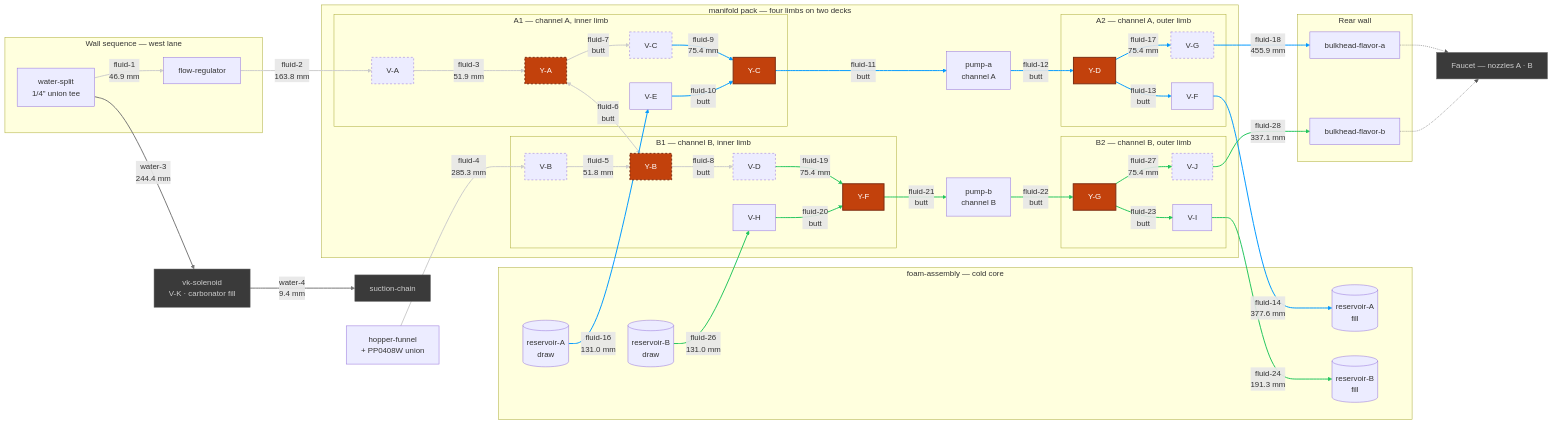
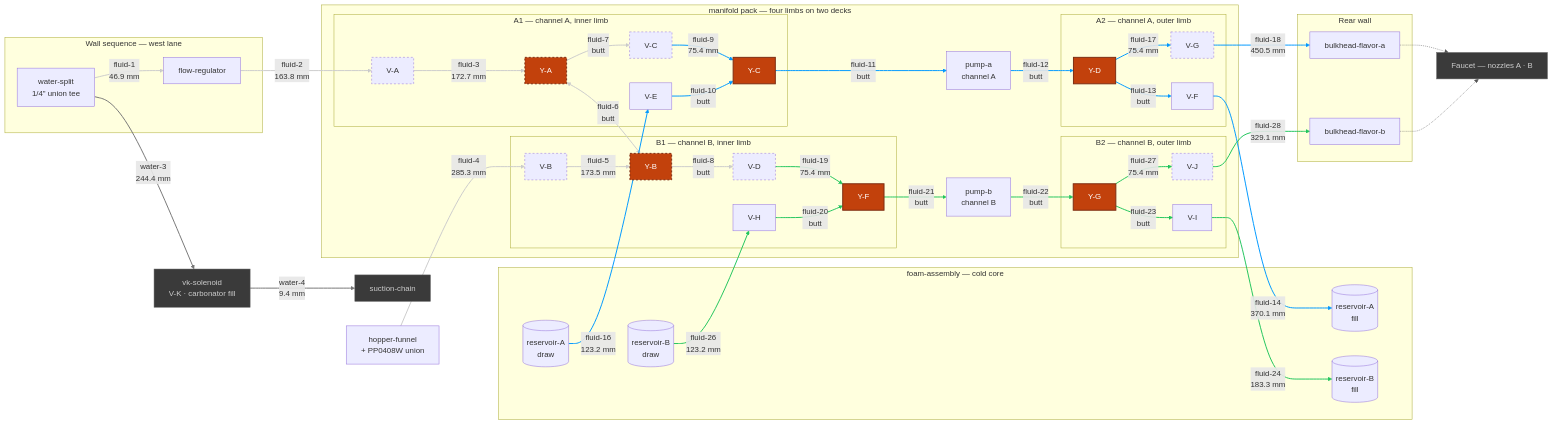
The diagram in hardware/topology/fluid-topology-manifold.mmd (derekbreden/homesodamachine), drawn with Mermaid before and after one commit. The commit also changed 14 other files, not shown here.

```diff
--- a/hardware/topology/fluid-topology-manifold.mmd
+++ b/hardware/topology/fluid-topology-manifold.mmd
@@ -14,8 +14,8 @@
   %% [26](SEGMENT_COUNT) flavor segments. [11](BUTT_COUNT) are collet butted to collet and carry
   %% no tube at all; [9](DRAWN_COUNT) are swept runs between placed bodies; the rest are the
   %% hinge's four hairpins and the source pair's two quarter-and-step turns. What is cut comes to
-  %% [2525.1 mm](FLUID_TOTAL) of 1/4" LLDPE over [51](FLUID_BENDS) corners, and the longest is
-  %% [fluid-18](LONGEST_ID) at [455.9 mm](LONGEST_LEN). [0](OPEN_COUNT) are mouths with nothing
+  %% [2723.3 mm](FLUID_TOTAL) of 1/4" LLDPE over [51](FLUID_BENDS) corners, and the longest is
+  %% [fluid-18](LONGEST_ID) at [450.5 mm](LONGEST_LEN). [0](OPEN_COUNT) are mouths with nothing
   %% on the far end of them: EVERY FLAVOR SEGMENT IN THIS CHART IS MADE. The hopper's gravity
   %% drain is drawn like the rest — the funnel is seated in the box rather than placed in the
   %% pack, so `fluid-4` is authored after the box exists, off the same frames.
@@ -119,9 +119,9 @@
   %% the run and 14 mm across it, toward the cold core's crown.
   Split -->|"fluid-1<br/>46.9 mm"| FlowReg
   FlowReg -->|"fluid-2<br/>163.8 mm"| VA
-  VA -->|"fluid-3<br/>51.9 mm"| YA
+  VA -->|"fluid-3<br/>172.7 mm"| YA
   Hopper -->|"fluid-4<br/>285.3 mm"| VB
-  VB -->|"fluid-5<br/>51.8 mm"| YB
+  VB -->|"fluid-5<br/>173.5 mm"| YB
   YA <-->|"fluid-6<br/>butt"| YB
   YA -->|"fluid-7<br/>butt"| VC
   YB -->|"fluid-8<br/>butt"| VD
@@ -138,10 +138,10 @@
   YC -->|"fluid-11<br/>butt"| PA
   PA -->|"fluid-12<br/>butt"| YD
   YD -->|"fluid-13<br/>butt"| VF
-  VF -->|"fluid-14<br/>377.6 mm"| ResAFill
-  ResA -->|"fluid-16<br/>131.0 mm"| VE
+  VF -->|"fluid-14<br/>370.1 mm"| ResAFill
+  ResA -->|"fluid-16<br/>123.2 mm"| VE
   YD -->|"fluid-17<br/>75.4 mm"| VG
-  VG -->|"fluid-18<br/>455.9 mm"| BhA
+  VG -->|"fluid-18<br/>450.5 mm"| BhA
 
   %% =========================
   %% Channel B — fluid-19 … fluid-28
@@ -154,10 +154,10 @@
   YF -->|"fluid-21<br/>butt"| PB
   PB -->|"fluid-22<br/>butt"| YG
   YG -->|"fluid-23<br/>butt"| VI
-  VI -->|"fluid-24<br/>191.3 mm"| ResBFill
-  ResB -->|"fluid-26<br/>131.0 mm"| VH
+  VI -->|"fluid-24<br/>183.3 mm"| ResBFill
+  ResB -->|"fluid-26<br/>123.2 mm"| VH
   YG -->|"fluid-27<br/>75.4 mm"| VJ
-  VJ -->|"fluid-28<br/>337.1 mm"| BhB
+  VJ -->|"fluid-28<br/>329.1 mm"| BhB
 
   %% =========================
   %% V-K's own two runs — the carbonator circuit, through this bay
```
